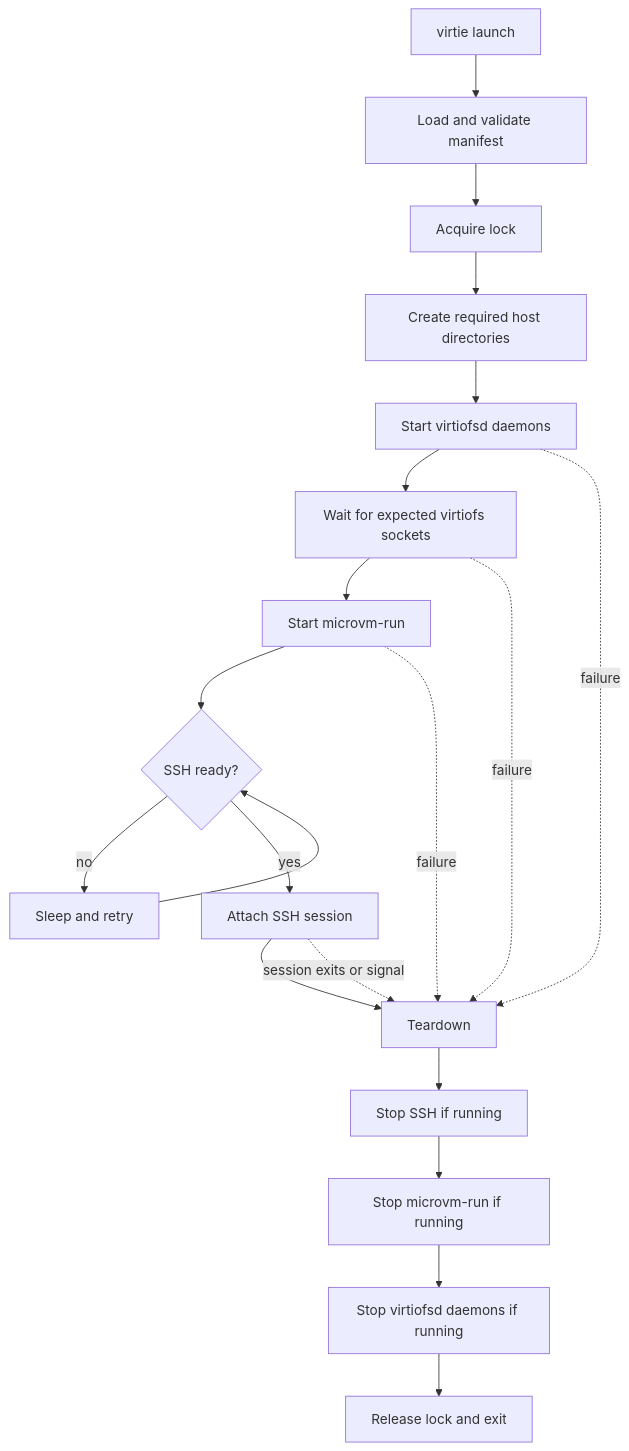
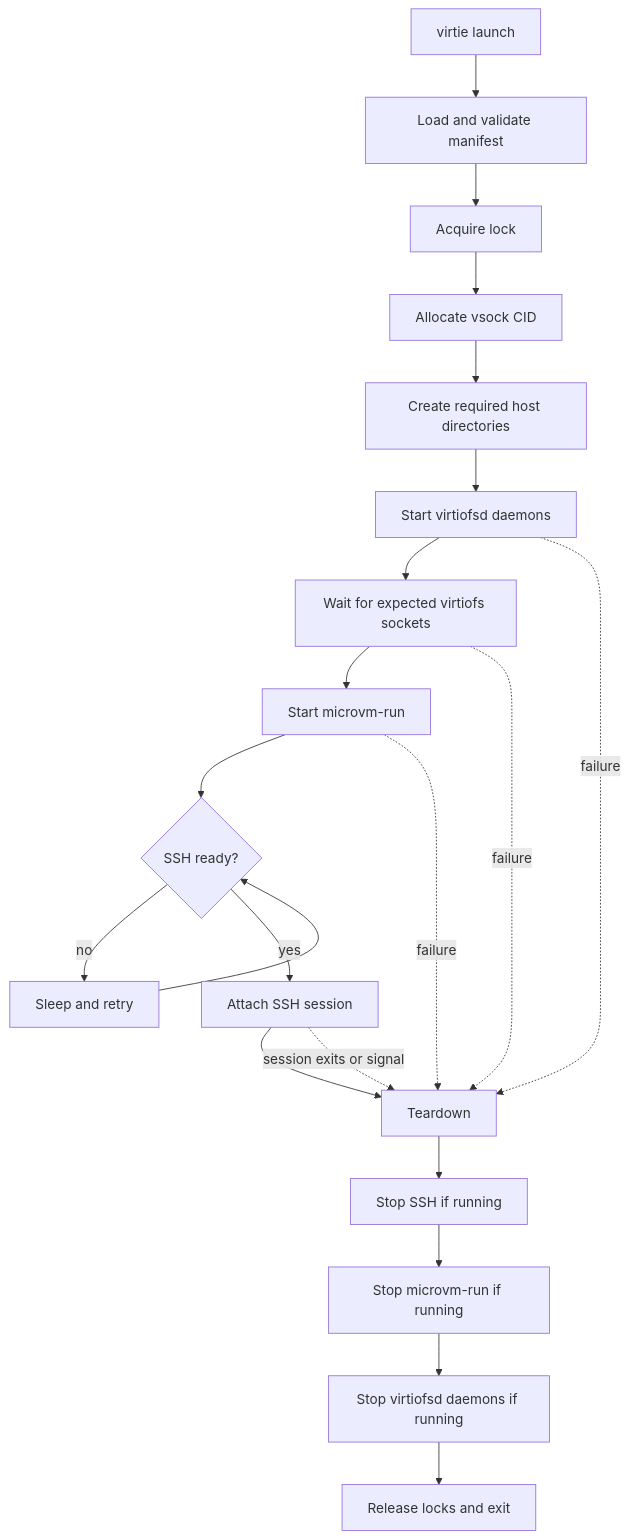
One commit to shazow/agentspace changed the diagram in virtie/SPEC.md. Above: the diagram before and after it, drawn with Mermaid. The commit also changed other lines of this file and 5 other files, not shown here.

````diff
--- a/virtie/SPEC.md
+++ b/virtie/SPEC.md
@@ -166,23 +172,24 @@
 ```mermaid
 flowchart TD
     A[virtie launch] --> B[Load and validate manifest]
     B --> C[Acquire lock]
-    C --> D[Create required host directories]
-    D --> E[Start virtiofsd daemons]
-    E --> F[Wait for expected virtiofs sockets]
-    F --> G[Start microvm-run]
-    G --> H{SSH ready?}
-    H -- no --> I[Sleep and retry]
-    I --> H
-    H -- yes --> J[Attach SSH session]
-    J --> K[Teardown]
-    K --> L[Stop SSH if running]
-    L --> M[Stop microvm-run if running]
-    M --> N[Stop virtiofsd daemons if running]
-    N --> O[Release lock and exit]
+    C --> D[Allocate vsock CID]
+    D --> E[Create required host directories]
+    E --> F[Start virtiofsd daemons]
+    F --> G[Wait for expected virtiofs sockets]
+    G --> H[Start microvm-run]
+    H --> I{SSH ready?}
+    I -- no --> J[Sleep and retry]
+    J --> I
+    I -- yes --> K[Attach SSH session]
+    K --> L[Teardown]
+    L --> M[Stop SSH if running]
+    M --> N[Stop microvm-run if running]
+    N --> O[Stop virtiofsd daemons if running]
+    O --> P[Release locks and exit]
 
-    E -. failure .-> K
-    F -. failure .-> K
-    G -. failure .-> K
-    J -. session exits or signal .-> K
+    F -. failure .-> L
+    G -. failure .-> L
+    H -. failure .-> L
+    K -. session exits or signal .-> L
 ```
````
